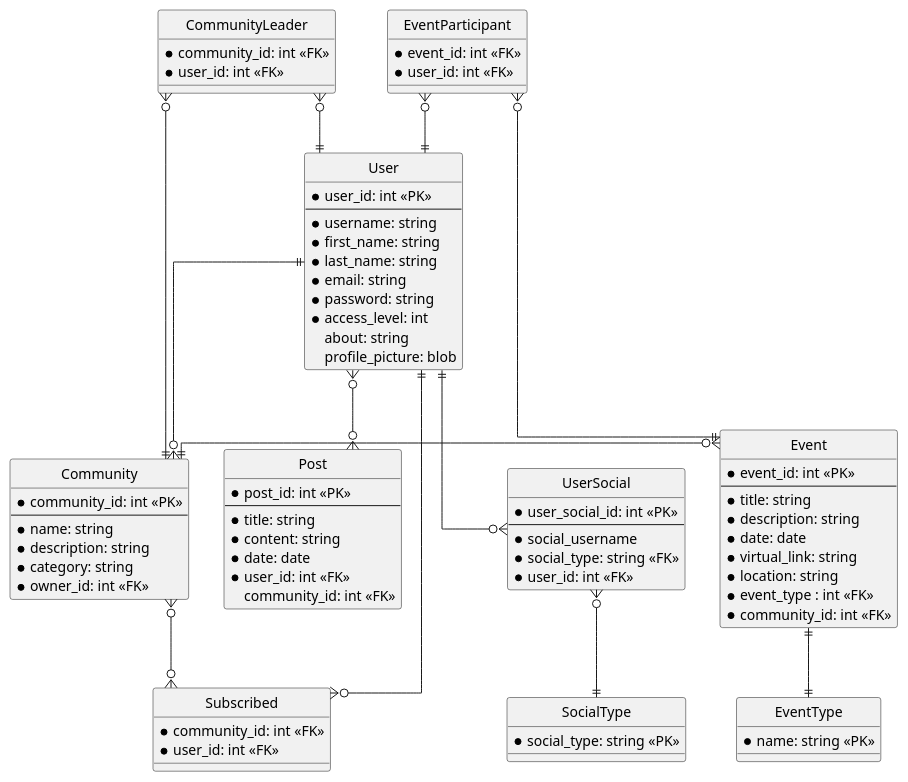
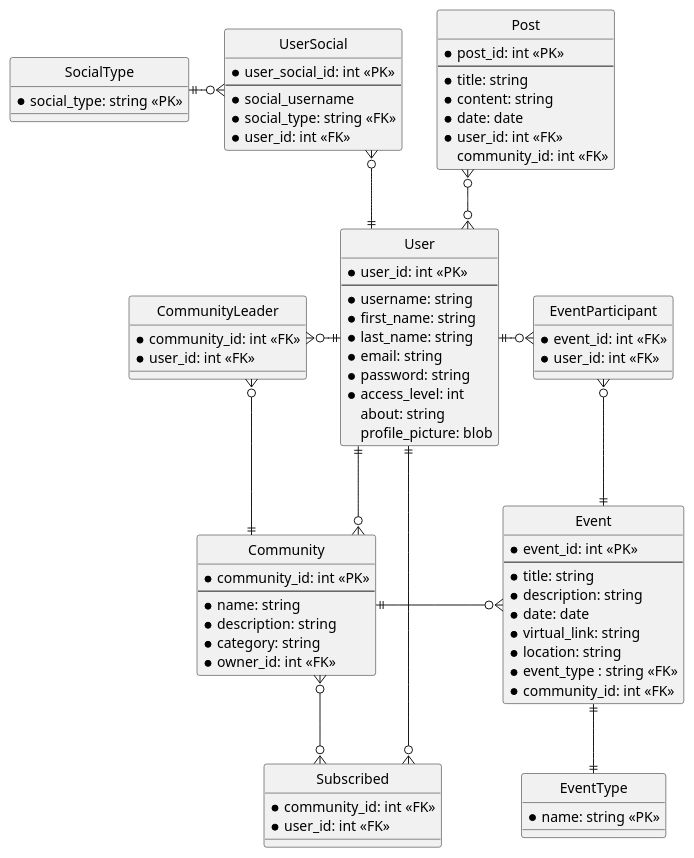
Before and after one commit to sudefidan/Docker_Thingy: the diagram in Guidelines/ERD.puml, drawn with PlantUML.

Commit message:
even_type changed to string in event table instead of int & a lil bit of alignment

```diff
--- a/Guidelines/ERD.puml
+++ b/Guidelines/ERD.puml
@@ -1,98 +1,96 @@
 @startuml erd
 
 skinparam linetype ortho
 hide circle
 
 entity User {
     * user_id: int <<PK>>
     --
     * username: string
     * first_name: string
     * last_name: string
     * email: string
     * password: string
     * access_level: int
     about: string
     profile_picture: blob
 }
 
 entity Subscribed {
     * community_id: int <<FK>>
     * user_id: int <<FK>>
 }
 
 entity Event {
     * event_id: int <<PK>>
     --
     * title: string
     * description: string
     * date: date
     * virtual_link: string
     * location: string
-    * event_type : int <<FK>>
+    * event_type : string <<FK>>
     * community_id: int <<FK>>
 }
 
 entity Community {
     * community_id: int <<PK>>
     --
     * name: string
     * description: string
     * category: string
     * owner_id: int <<FK>>
 }
 
 entity EventType {
     * name: string <<PK>>
 }
 
 entity Post {
     * post_id: int <<PK>>
     --
     * title: string
     * content: string
     * date: date
     * user_id: int <<FK>>
     community_id: int <<FK>>
 }
 
 entity SocialType {
-    * social_type: string << PK>> 
+    * social_type: string << PK>>
 }
 
 entity UserSocial {
     * user_social_id: int <<PK>>
     --
     * social_username
     * social_type: string <<FK>>
     * user_id: int <<FK>>
 }
 
 entity CommunityLeader {
     * community_id: int <<FK>>
     * user_id: int <<FK>>
 }
 
 entity EventParticipant {
     * event_id: int <<FK>>
     * user_id: int <<FK>>
 }
 
 User ||--o{ Subscribed
-User }o--o{ Post
+User }o-up-o{ Post
 User ||--o{ Community
-User ||--o{ UserSocial
-UserSocial }o--|| SocialType
-CommunityLeader }o--|| User
+User ||-up-o{ UserSocial
+UserSocial }o-left-|| SocialType
+CommunityLeader }o-right-|| User
 CommunityLeader }o--|| Community
 EventParticipant }o--|| Event
-EventParticipant }o--|| User
-
-
+EventParticipant }o-left-|| User
 
 Community }o--o{ Subscribed
 Community ||-right-o{ Event
 
 Event ||--|| EventType
 
 @enduml
```
